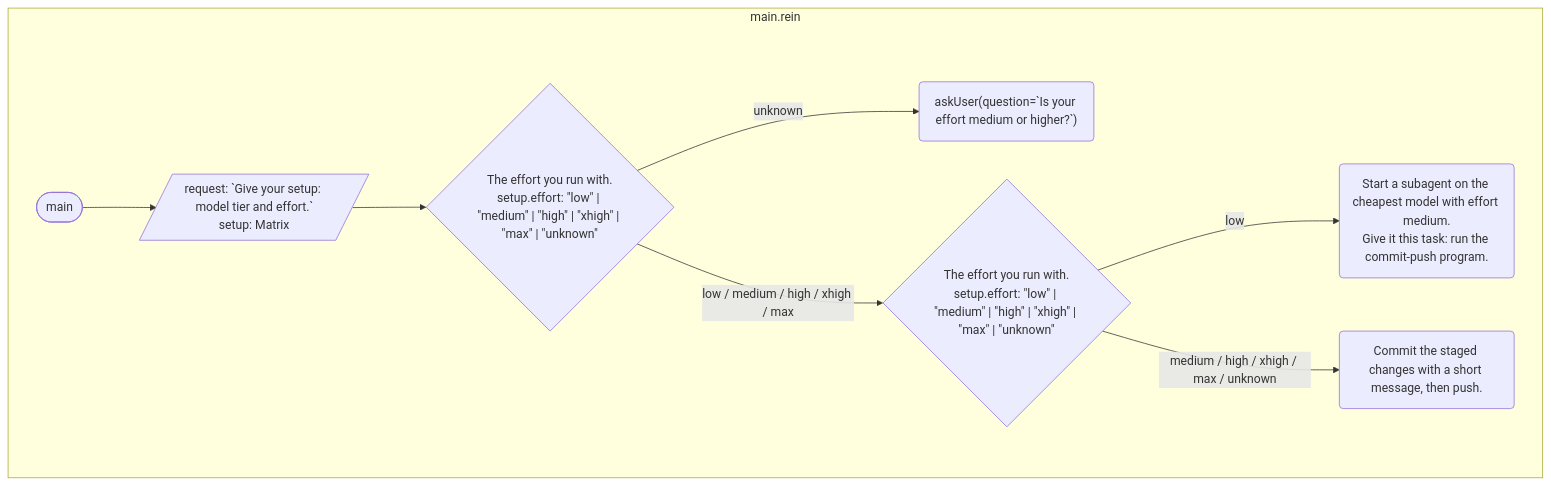
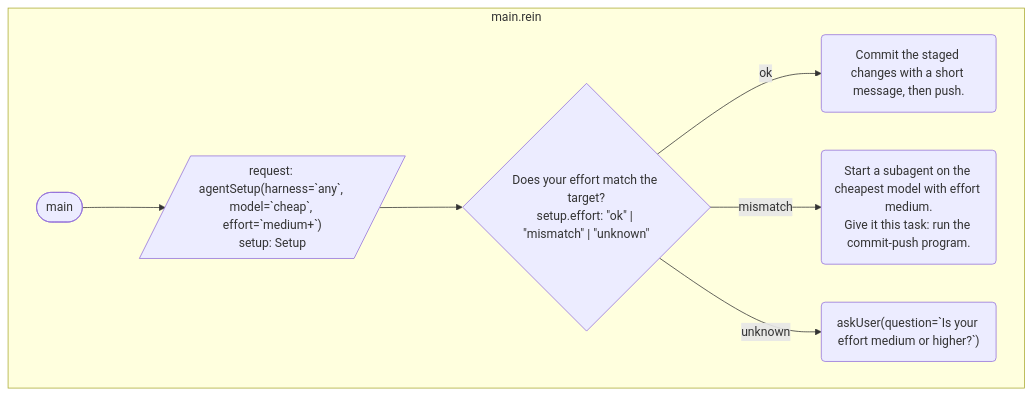
The diagram in website/docs/examples/commit-push.md (rein-lang/rein), drawn with Mermaid before and after one commit. The commit also changed 16 other files, not shown here.

First line of the commit message:
feat(std): agentSetup asks the agent for its setup matrix

````diff
--- a/website/docs/examples/commit-push.md
+++ b/website/docs/examples/commit-push.md
@@ -11,18 +11,16 @@
 ```mermaid
 flowchart TD
     subgraph s0 ["main.rein"]
         f0(["main"])
-        f0_0[/"request: ˋGive your setup: model tier and effort.ˋ<br/>setup: Matrix"/]
-        f0_1{"The effort you run with.<br/>setup.effort: #quot;low#quot; | #quot;medium#quot; | #quot;high#quot; | #quot;xhigh#quot; | #quot;max#quot; | #quot;unknown#quot;"}
-        f0_2("askUser(question=ˋIs your effort medium or higher?ˋ)")
-        f0_3{"The effort you run with.<br/>setup.effort: #quot;low#quot; | #quot;medium#quot; | #quot;high#quot; | #quot;xhigh#quot; | #quot;max#quot; | #quot;unknown#quot;"}
-        f0_4("Start a subagent on the cheapest model with effort medium.<br/>Give it this task: run the commit-push program.")
-        f0_5("Commit the staged changes with a short message, then push.")
+        f0_0[/"request: agentSetup(harness=ˋanyˋ, model=ˋcheapˋ, effort=ˋmedium+ˋ)<br/>setup: Setup"/]
+        f0_1{"Does your effort match the target?<br/>setup.effort: #quot;ok#quot; | #quot;mismatch#quot; | #quot;unknown#quot;"}
+        f0_2("Commit the staged changes with a short message, then push.")
+        f0_3("Start a subagent on the cheapest model with effort medium.<br/>Give it this task: run the commit-push program.")
+        f0_4("askUser(question=ˋIs your effort medium or higher?ˋ)")
     end
     f0 --> f0_0
     f0_0 --> f0_1
-    f0_1 -->|"unknown"| f0_2
-    f0_1 -->|"low / medium / high / xhigh / max"| f0_3
-    f0_3 -->|"low"| f0_4
-    f0_3 -->|"medium / high / xhigh / max / unknown"| f0_5
+    f0_1 -->|"ok"| f0_2
+    f0_1 -->|"mismatch"| f0_3
+    f0_1 -->|"unknown"| f0_4
 ```
````
